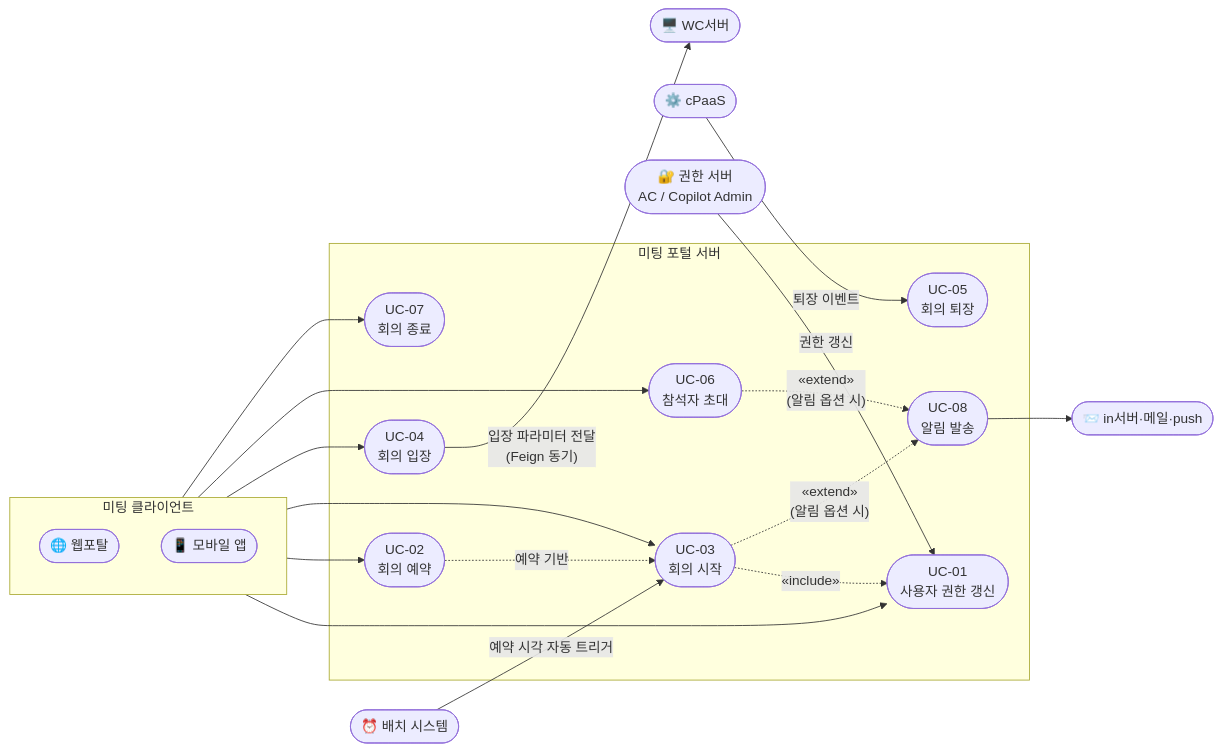
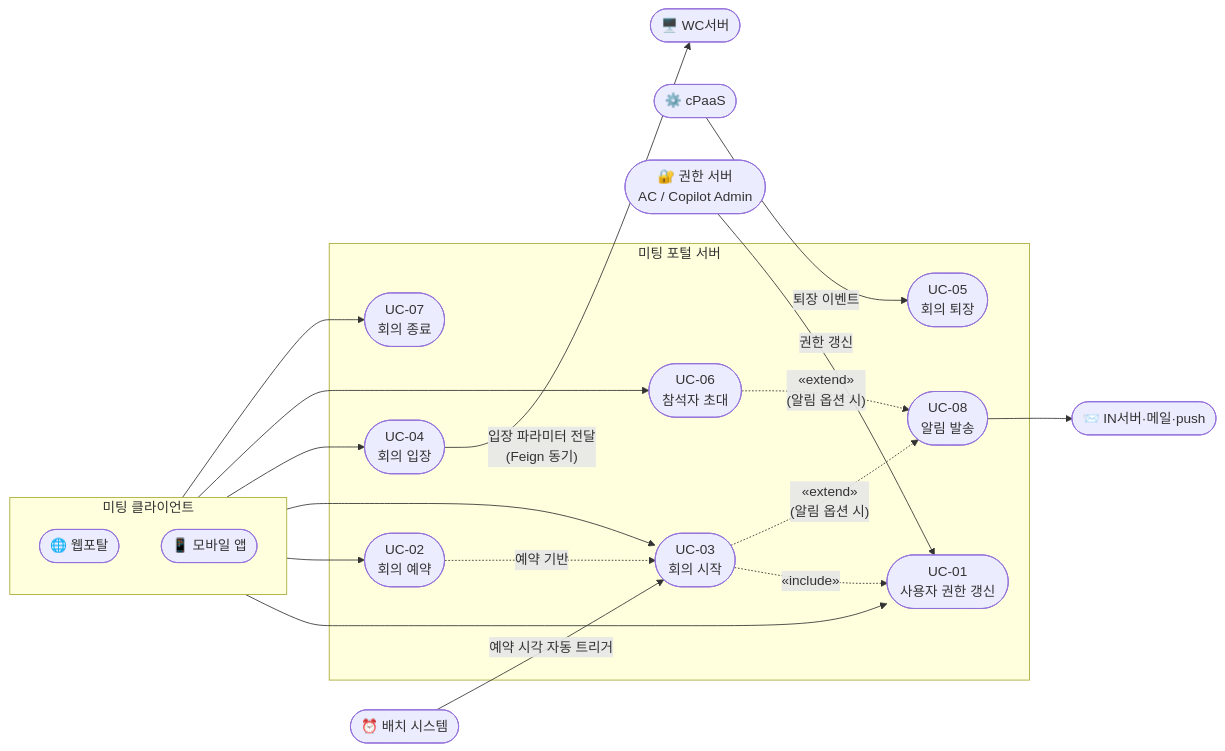
The diagram in docs/03-requirements/2.1-functional/overview.md (sujinnkim/A_Personal), drawn with Mermaid before and after one commit. The commit also changed other lines of this file and 1 other file, not shown here.

Commit message:
docs: in서버 → IN서버 표기 통일

````diff
--- a/docs/03-requirements/2.1-functional/overview.md
+++ b/docs/03-requirements/2.1-functional/overview.md
@@ -62,43 +62,43 @@
 ```mermaid
 graph LR
     subgraph Clients["미팅 클라이언트"]
         direction TB
         WebPortal(["🌐 웹포탈"])
         MobileApp(["📱 모바일 앱"])
     end
 
     Batch(["⏰ 배치 시스템"])
     cPaaS(["⚙️ cPaaS"])
     AuthServer(["🔐 권한 서버\nAC / Copilot Admin"])
     WCServer(["🖥️ WC서버"])
-    InServer(["📨 in서버·메일·push"])
+    InServer(["📨 IN서버·메일·push"])
 
     subgraph MeetingPortal["미팅 포털 서버"]
         UC01(["UC-01\n사용자 권한 갱신"])
         UC02(["UC-02\n회의 예약"])
         UC03(["UC-03\n회의 시작"])
         UC04(["UC-04\n회의 입장"])
         UC05(["UC-05\n회의 퇴장"])
         UC06(["UC-06\n참석자 초대"])
         UC07(["UC-07\n회의 종료"])
         UC08(["UC-08\n알림 발송"])
     end
 
     Clients --> UC01
     Clients --> UC02
     Clients --> UC03
     Clients --> UC04
     Clients --> UC06
     Clients --> UC07
 
     UC02 -.->|"예약 기반"| UC03
     Batch -->|"예약 시각 자동 트리거"| UC03
     cPaaS -->|"퇴장 이벤트"| UC05
     AuthServer -->|"권한 갱신"| UC01
     UC04 -->|"입장 파라미터 전달\n(Feign 동기)"| WCServer
 
     UC03 -.->|"«include»"| UC01
     UC03 -.->|"«extend»\n(알림 옵션 시)"| UC08
     UC06 -.->|"«extend»\n(알림 옵션 시)"| UC08
     UC08 --> InServer
 ```
````
